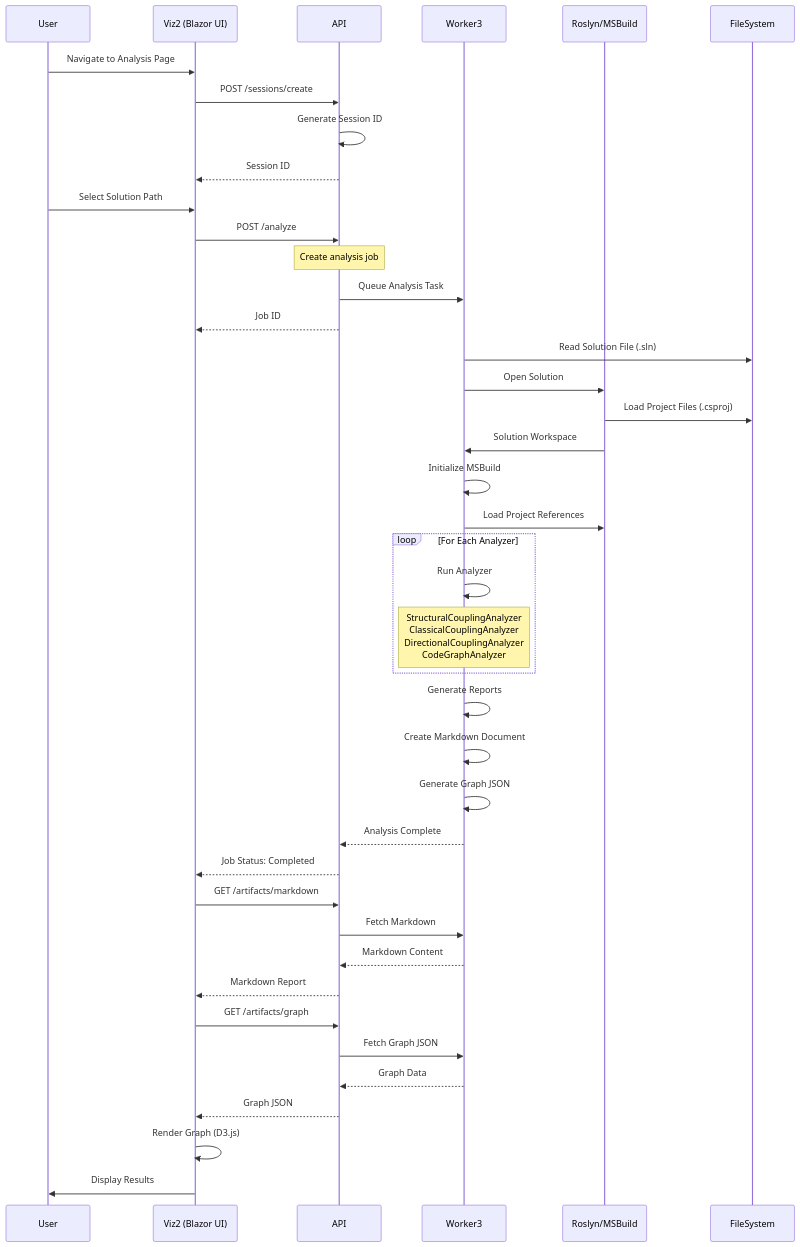
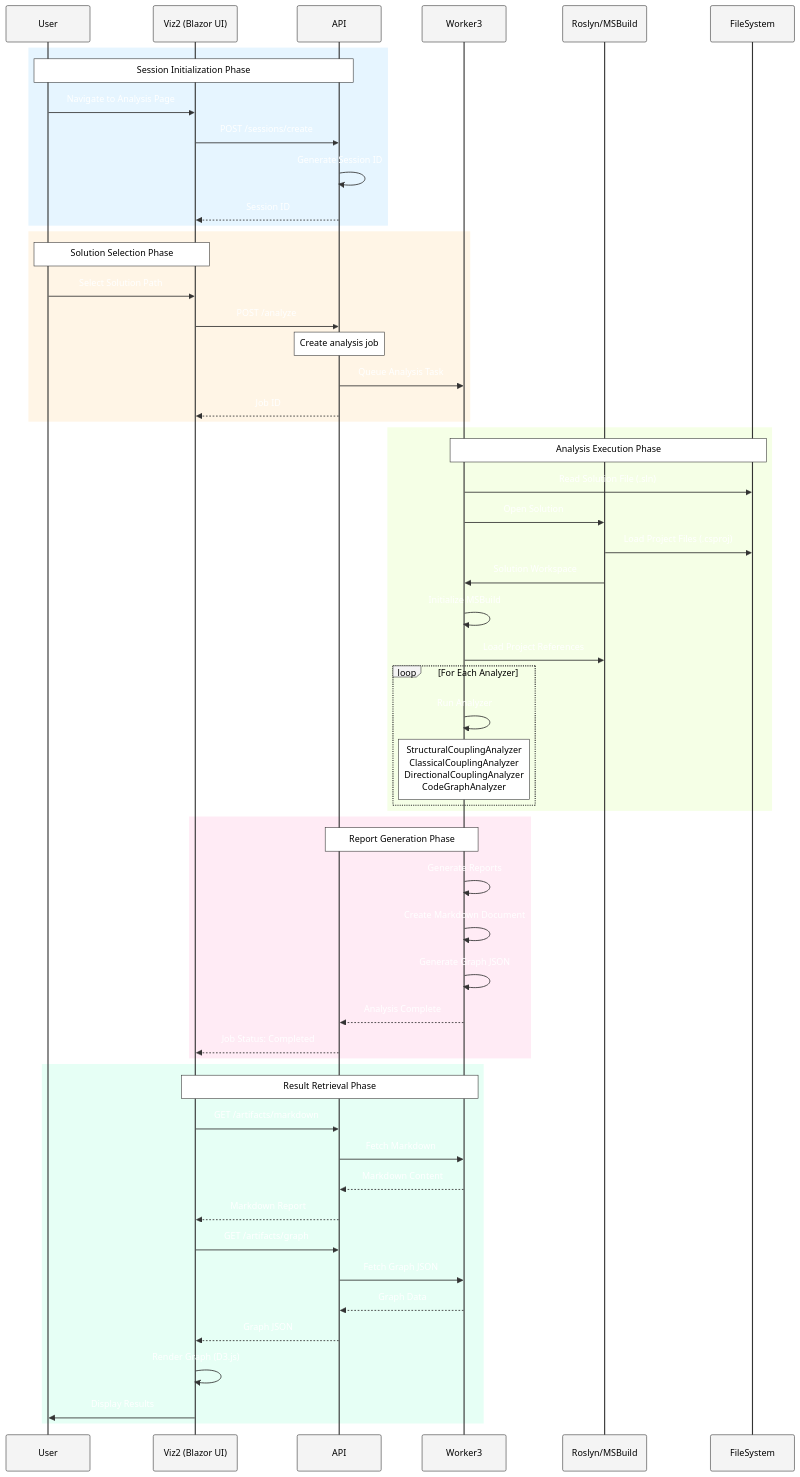
One commit to FrenchExDev/FrenchExDev.Net changed the second of 3 diagrams in CSharp.ProjectDependency5/doc/ARCHITECTURE.md. Above: the diagram before and after it, drawn with Mermaid. The commit also changed other lines of this file and 4 other files, not shown here.

````diff
--- a/CSharp.ProjectDependency5/doc/ARCHITECTURE.md
+++ b/CSharp.ProjectDependency5/doc/ARCHITECTURE.md
@@ -95,53 +105,69 @@
 ```mermaid
+%%{init: {'theme':'base', 'themeVariables': { 'fontFamily':'arial','fontSize':'14px','primaryColor':'#fff','primaryTextColor':'#000','primaryBorderColor':'#333','lineColor':'#333','secondaryColor':'#fff','tertiaryColor':'#fff','noteTextColor':'#000','noteBkgColor':'#fff','noteBorderColor':'#333','actorBkg':'#f4f4f4','actorBorder':'#333','actorTextColor':'#000','actorLineColor':'#333','signalColor':'#333','signalTextColor':'#fff','labelBoxBkgColor':'#f4f4f4','labelBoxBorderColor':'#333','labelTextColor':'#000','loopTextColor':'#000','activationBorderColor':'#333','activationBkgColor':'#e8e8e8','sequenceNumberColor':'#fff','altLabelBkgColor':'#f4f4f4','altLabelBorderColor':'#333'}}}%%
 sequenceDiagram
     participant User
     participant Viz2 as Viz2 (Blazor UI)
     participant API
     participant Worker3
     participant Roslyn as Roslyn/MSBuild
     participant FileSystem
 
+    rect rgb(230, 245, 255)
+    Note over User,API: Session Initialization Phase
     User->>Viz2: Navigate to Analysis Page
     Viz2->>API: POST /sessions/create
     API->>API: Generate Session ID
     API-->>Viz2: Session ID
+    end
 
+    rect rgb(255, 245, 230)
+    Note over User,Viz2: Solution Selection Phase
     User->>Viz2: Select Solution Path
     Viz2->>API: POST /analyze
     Note over API: Create analysis job
     API->>Worker3: Queue Analysis Task
     API-->>Viz2: Job ID
+    end
 
+    rect rgb(245, 255, 230)
+    Note over Worker3,FileSystem: Analysis Execution Phase
     Worker3->>FileSystem: Read Solution File (.sln)
     Worker3->>Roslyn: Open Solution
     Roslyn->>FileSystem: Load Project Files (.csproj)
     Roslyn->>Worker3: Solution Workspace
     
     Worker3->>Worker3: Initialize MSBuild
     Worker3->>Roslyn: Load Project References
     
     loop For Each Analyzer
         Worker3->>Worker3: Run Analyzer
         Note over Worker3: StructuralCouplingAnalyzer<br/>ClassicalCouplingAnalyzer<br/>DirectionalCouplingAnalyzer<br/>CodeGraphAnalyzer
     end
+    end
     
+    rect rgb(255, 235, 245)
+    Note over Worker3,API: Report Generation Phase
     Worker3->>Worker3: Generate Reports
     Worker3->>Worker3: Create Markdown Document
     Worker3->>Worker3: Generate Graph JSON
     
     Worker3-->>API: Analysis Complete
     API-->>Viz2: Job Status: Completed
+    end
     
+    rect rgb(230, 255, 245)
+    Note over Viz2,Worker3: Result Retrieval Phase
     Viz2->>API: GET /artifacts/markdown
     API->>Worker3: Fetch Markdown
     Worker3-->>API: Markdown Content
     API-->>Viz2: Markdown Report
     
     Viz2->>API: GET /artifacts/graph
     API->>Worker3: Fetch Graph JSON
     Worker3-->>API: Graph Data
     API-->>Viz2: Graph JSON
     
     Viz2->>Viz2: Render Graph (D3.js)
     Viz2->>User: Display Results
+    end
 ```
````
